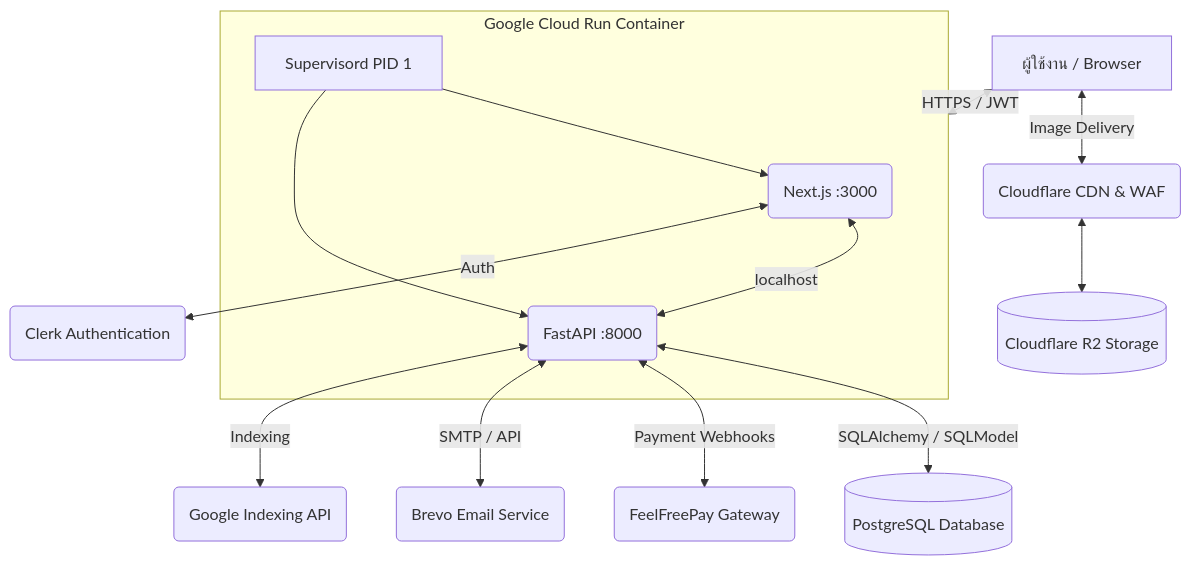
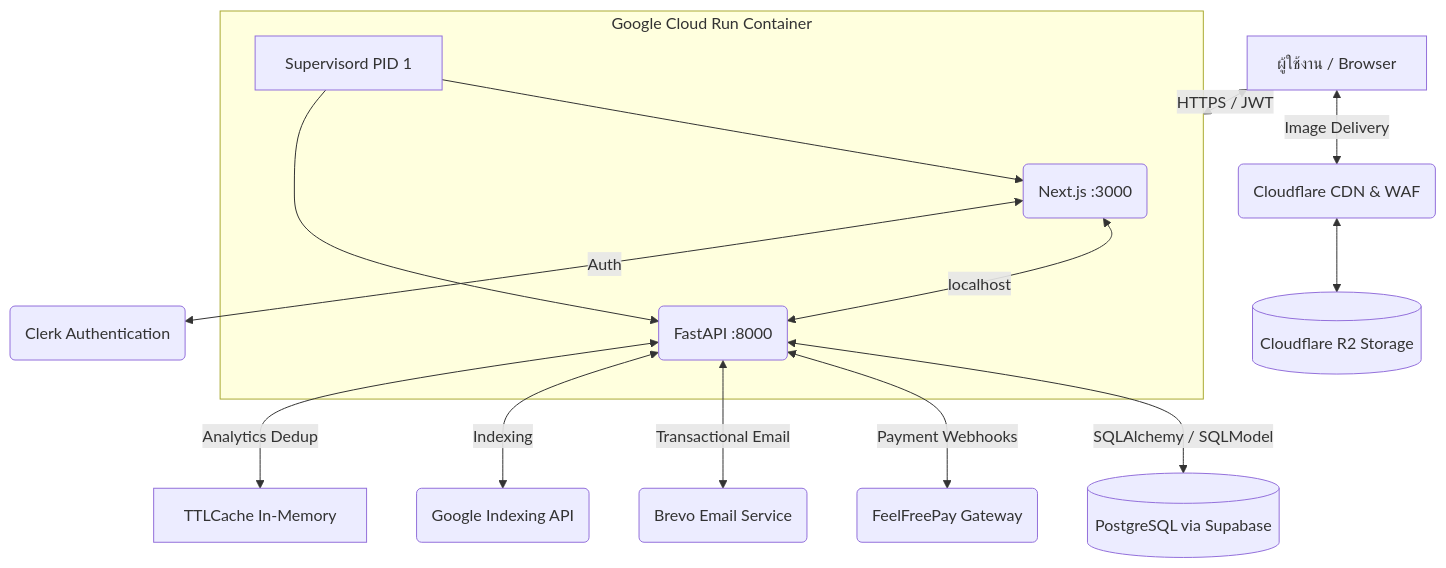
Before and after one commit to pakawatdmc-art/MangaLabTH: the diagram in README.md, drawn with Mermaid. The commit also changed other lines of this file and 6 other files, not shown here.

First line of the commit message:
Optimize database egress: fix relationship loading + sitemap cache

````diff
--- a/README.md
+++ b/README.md
@@ -27,18 +28,19 @@
 ```mermaid
 graph TD
     Client[ผู้ใช้งาน / Browser] <-->|HTTPS / JWT| CloudRun
     Client <-->|Image Delivery| Cloudflare(Cloudflare CDN & WAF)
     Cloudflare <--> R2[(Cloudflare R2 Storage)]
     
     subgraph CloudRun[Google Cloud Run Container]
         Frontend(Next.js :3000) <-->|localhost| Backend(FastAPI :8000)
         Supervisor[Supervisord PID 1] --> Frontend
         Supervisor --> Backend
     end
     
     Frontend <-->|Auth| Clerk(Clerk Authentication)
-    Backend <-->|SQLAlchemy / SQLModel| Database[(PostgreSQL Database)]
+    Backend <-->|SQLAlchemy / SQLModel| Database[(PostgreSQL via Supabase)]
     Backend <-->|Payment Webhooks| FFP(FeelFreePay Gateway)
-    Backend <-->|SMTP / API| Brevo(Brevo Email Service)
+    Backend <-->|Transactional Email| Brevo(Brevo Email Service)
     Backend <-->|Indexing| Google(Google Indexing API)
+    Backend <-->|Analytics Dedup| Cache[TTLCache In-Memory]
 ```
````
